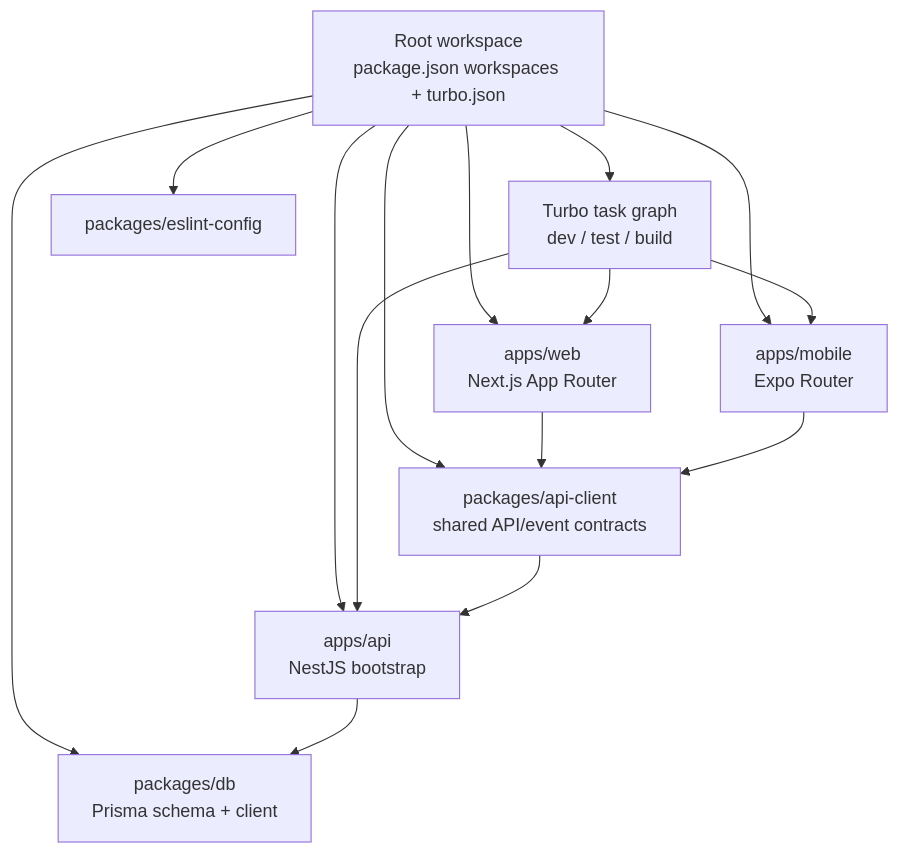
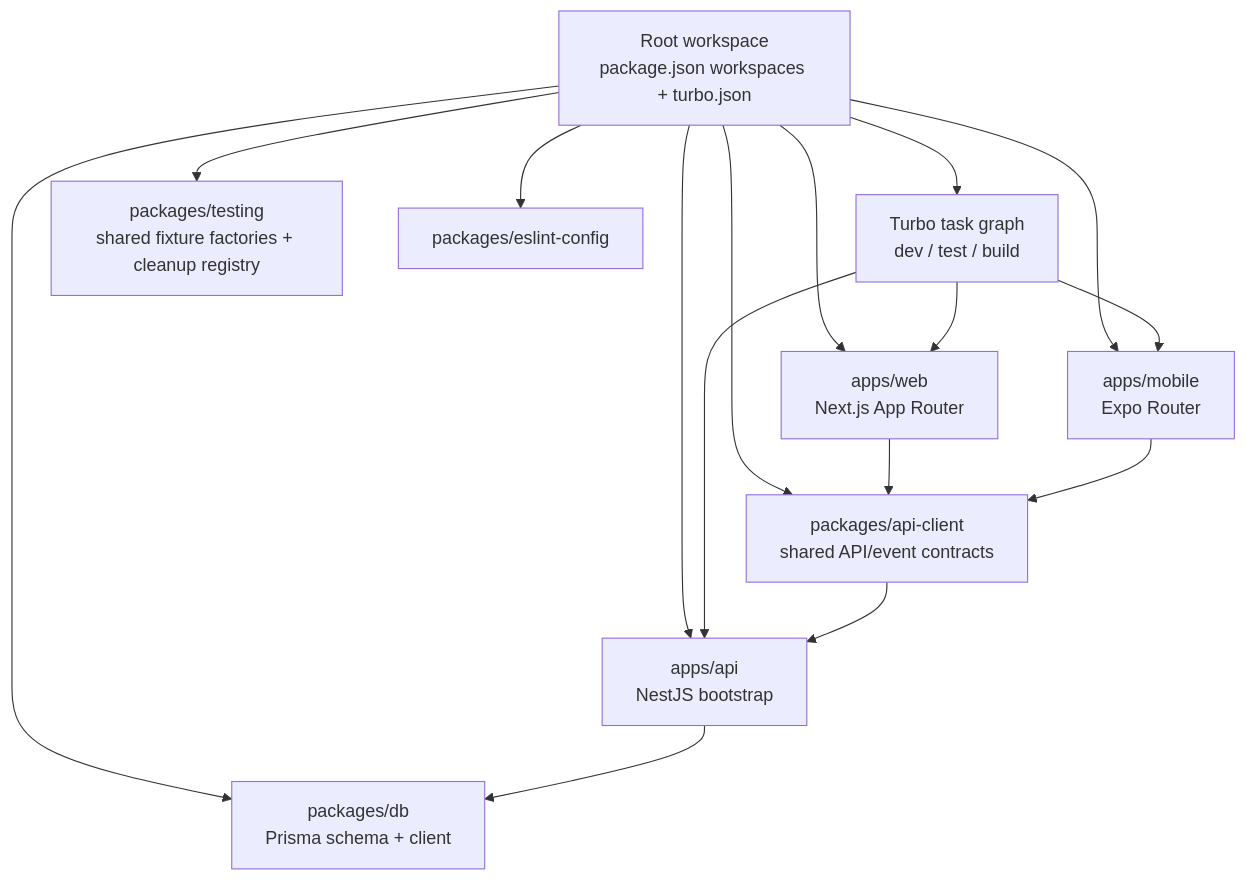
Before and after one commit to muratkeremozcan/couture-cast: the second of 16 diagrams in _bmad-output/project-knowledge/learning-path-step-by-step.md, drawn with Mermaid. The commit also changed other lines of this file and 12 other files, not shown here.

````diff
--- a/_bmad-output/project-knowledge/learning-path-step-by-step.md
+++ b/_bmad-output/project-knowledge/learning-path-step-by-step.md
@@ -207,22 +211,23 @@
 ```mermaid
 flowchart TD
   ROOT[Root workspace<br/>package.json workspaces + turbo.json]
   TURBO[Turbo task graph<br/>dev / test / build]
 
   ROOT --> WEB[apps/web<br/>Next.js App Router]
   ROOT --> MOBILE[apps/mobile<br/>Expo Router]
   ROOT --> API[apps/api<br/>NestJS bootstrap]
   ROOT --> APICLIENT[packages/api-client<br/>shared API/event contracts]
   ROOT --> DB[packages/db<br/>Prisma schema + client]
+  ROOT --> TESTING[packages/testing<br/>shared fixture factories + cleanup registry]
   ROOT --> ESLINT[packages/eslint-config]
 
   ROOT --> TURBO
   TURBO --> WEB
   TURBO --> MOBILE
   TURBO --> API
 
   WEB --> APICLIENT
   MOBILE --> APICLIENT
   APICLIENT --> API
   API --> DB
 ```
````
